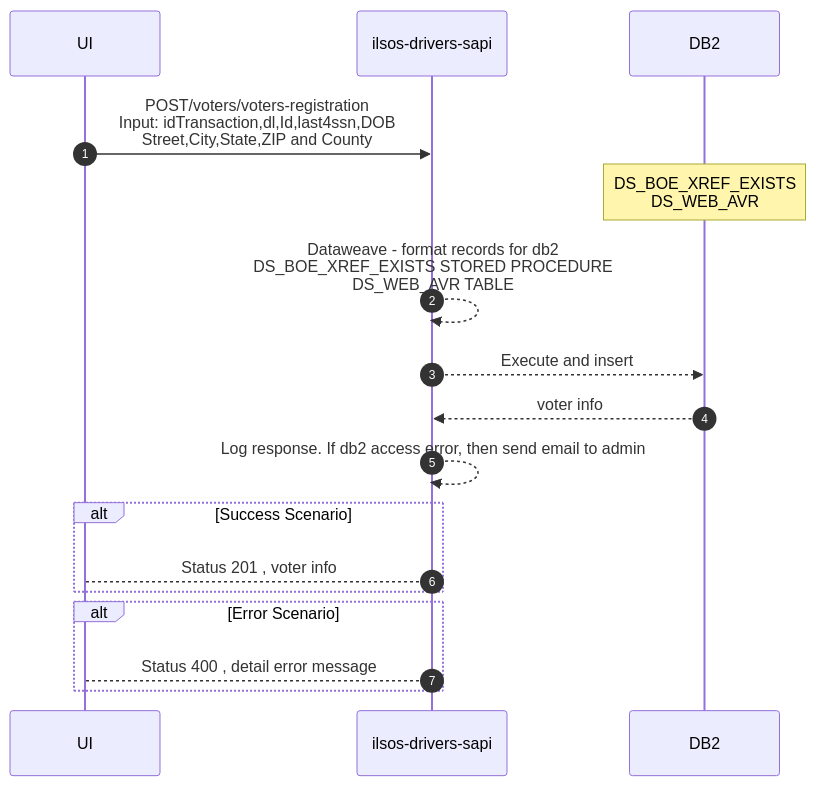
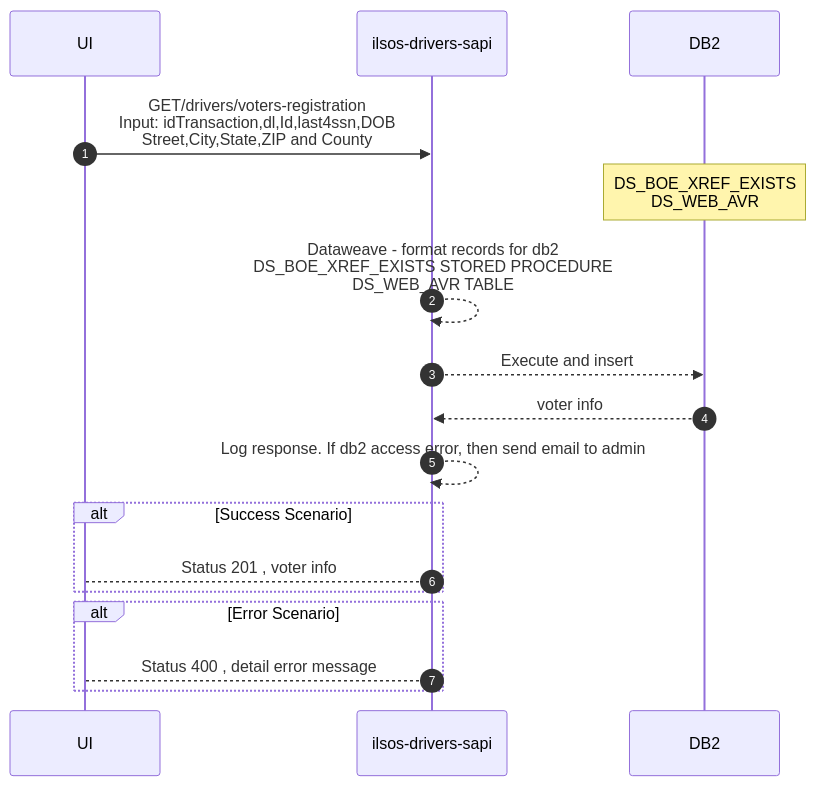
One commit to acme-devs/ilsos-drivers-sapi changed the sixth of 6 diagrams in README.md. Above: the diagram before and after it, drawn with Mermaid.

````diff
--- a/README.md
+++ b/README.md
@@ -162,20 +162,20 @@
 ```mermaid
 sequenceDiagram
     autonumber
     participant ui as UI
     participant api as ilsos-drivers-sapi
     participant db2 as DB2
     
-    ui->>api:POST/voters/voters-registration <br>Input: idTransaction,dl,Id,last4ssn,DOB<br>Street,City,State,ZIP and County
+    ui->>api:GET/drivers/voters-registration <br>Input: idTransaction,dl,Id,last4ssn,DOB<br>Street,City,State,ZIP and County
     note over db2:DS_BOE_XREF_EXISTS<br>DS_WEB_AVR
     api-->>api:Dataweave - format records for db2<BR> DS_BOE_XREF_EXISTS STORED PROCEDURE<br>DS_WEB_AVR TABLE
     api-->>db2: Execute and insert 
     db2-->>api: voter info
     api-->>api:Log response. If db2 access error, then send email to admin
     alt Success Scenario 
         api-->ui: Status 201 , voter info
     end
     alt Error Scenario 
         api-->ui: Status 400 , detail error message
     end
 ```
````
